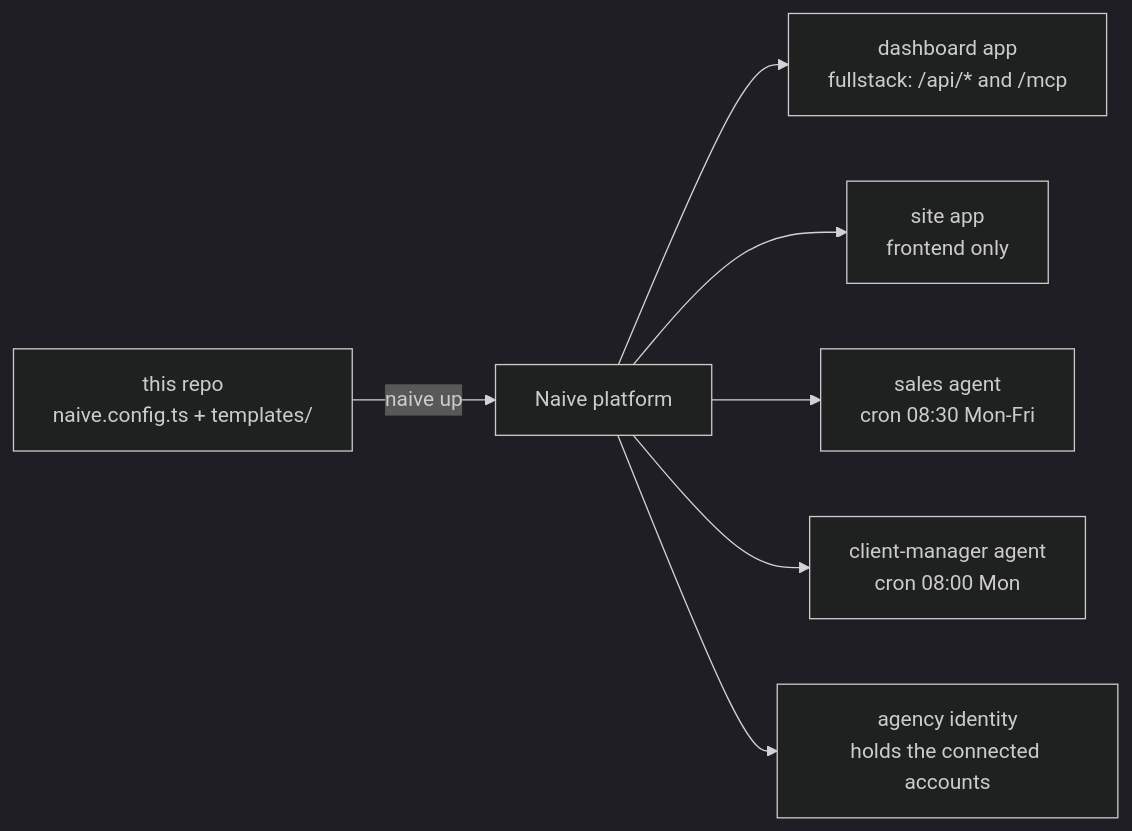
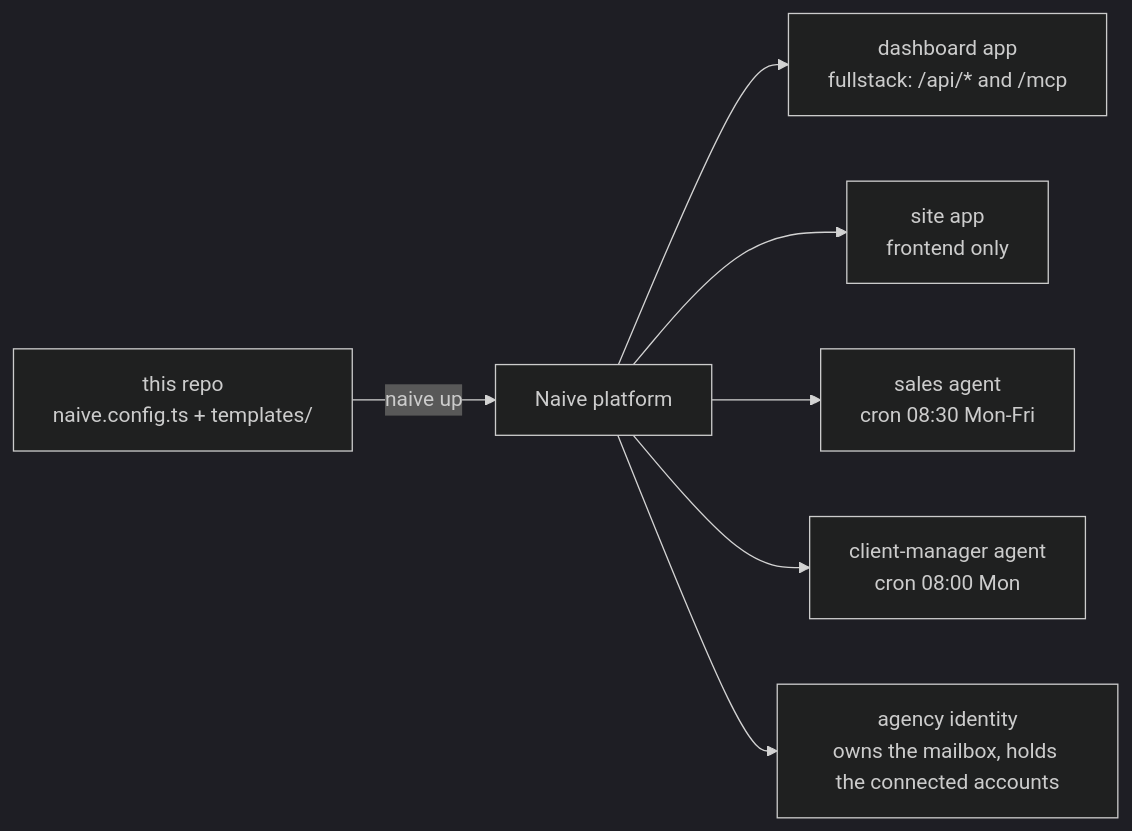
Before and after one commit to usenaive/agency-blueprint: the diagram in README.md, drawn with Mermaid (dark theme). The commit also changed other lines of this file and 14 other files, not shown here.

````diff
--- a/README.md
+++ b/README.md
@@ -27,10 +27,10 @@
 ```mermaid
 flowchart LR
   repo["this repo<br/>naive.config.ts + templates/"]
   repo -->|naive up| plat["Naive platform"]
   plat --> dash["dashboard app<br/>fullstack: /api/* and /mcp"]
   plat --> site["site app<br/>frontend only"]
   plat --> sales["sales agent<br/>cron 08:30 Mon-Fri"]
   plat --> cm["client-manager agent<br/>cron 08:00 Mon"]
-  plat --> idn["agency identity<br/>holds the connected accounts"]
+  plat --> idn["agency identity<br/>owns the mailbox, holds the connected accounts"]
 ```
````
